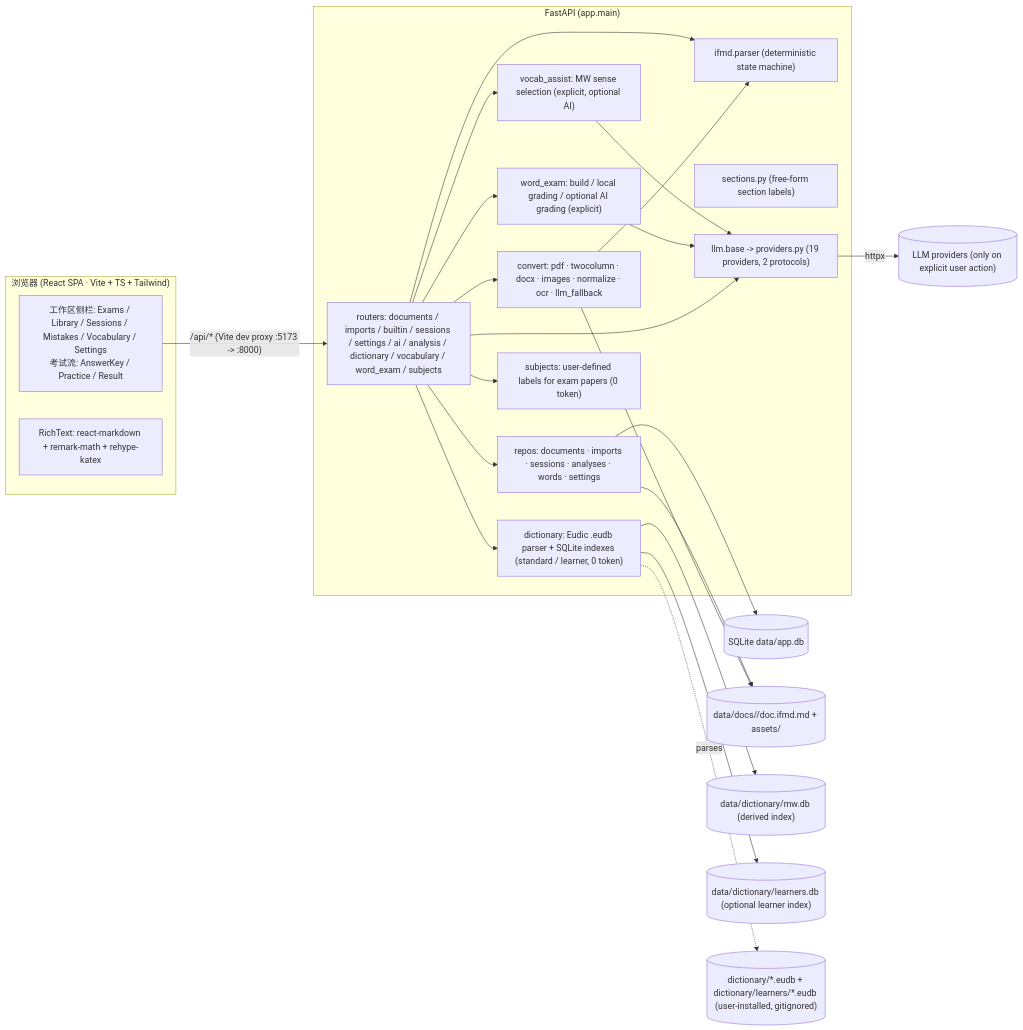
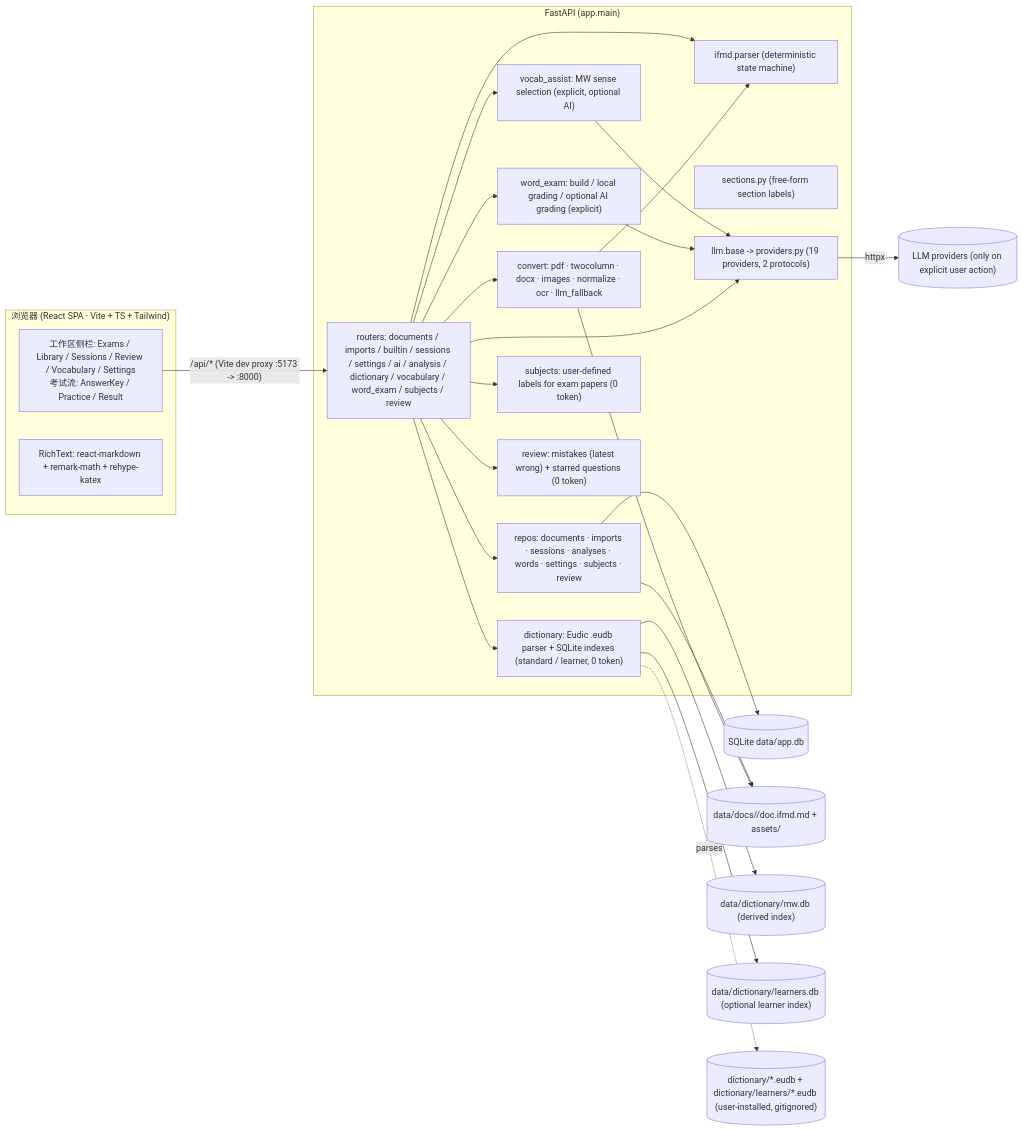
The first of 2 diagrams in docs/ARCHITECTURE.md (JasonSun2009CN/InteFlow), drawn with Mermaid before and after one commit. The commit also changed other lines of this file and 23 other files, not shown here.

Commit message:
feat: add mistakes and starred review sets

````diff
--- a/docs/ARCHITECTURE.md
+++ b/docs/ARCHITECTURE.md
@@ -13,41 +13,43 @@
 ```mermaid
 flowchart LR
   subgraph Browser["浏览器 (React SPA · Vite + TS + Tailwind)"]
-    UI["工作区侧栏: Exams / Library / Sessions / Mistakes / Vocabulary / Settings<br/>考试流: AnswerKey / Practice / Result"]
+    UI["工作区侧栏: Exams / Library / Sessions / Review / Vocabulary / Settings<br/>考试流: AnswerKey / Practice / Result"]
     RT["RichText: react-markdown + remark-math + rehype-katex"]
   end
 
   UI -- "/api/* (Vite dev proxy :5173 -> :8000)" --> API
 
   subgraph Backend["FastAPI (app.main)"]
-    API["routers: documents / imports / builtin / sessions / settings / ai / analysis / dictionary / vocabulary / word_exam / subjects"]
+    API["routers: documents / imports / builtin / sessions / settings / ai / analysis / dictionary / vocabulary / word_exam / subjects / review"]
     CONV["convert: pdf · twocolumn · docx · images · normalize · ocr · llm_fallback"]
     PARSE["ifmd.parser (deterministic state machine)"]
-    REPOS["repos: documents · imports · sessions · analyses · words · settings"]
+    REPOS["repos: documents · imports · sessions · analyses · words · settings · subjects · review"]
     DICT["dictionary: Eudic .eudb parser + SQLite indexes (standard / learner, 0 token)"]
     ASSIST["vocab_assist: MW sense selection (explicit, optional AI)"]
     EXAM["word_exam: build / local grading / optional AI grading (explicit)"]
     SUBJ["subjects: user-defined labels for exam papers (0 token)"]
+    REVIEW["review: mistakes (latest wrong) + starred questions (0 token)"]
     SEC["sections.py (free-form section labels)"]
     LLM["llm.base -> providers.py (19 providers, 2 protocols)"]
     API --> CONV
     API --> PARSE
     API --> REPOS
     API --> DICT
     API --> ASSIST
     API --> EXAM
     API --> SUBJ
+    API --> REVIEW
     ASSIST --> LLM
     EXAM --> LLM
     CONV --> PARSE
     API --> LLM
   end
 
   REPOS --> DB[("SQLite  data/app.db")]
   REPOS --> FS[("data/docs/<id>/doc.ifmd.md + assets/")]
   DICT --> MW[("data/dictionary/mw.db (derived index)")]
   DICT --> LRN[("data/dictionary/learners.db (optional learner index)")]
   DICT -. parses .-> EUDB[("dictionary/*.eudb + dictionary/learners/*.eudb (user-installed, gitignored)")]
   CONV --> FS
   LLM -- httpx --> PROV[("LLM providers (only on explicit user action)")]
 ```
````
